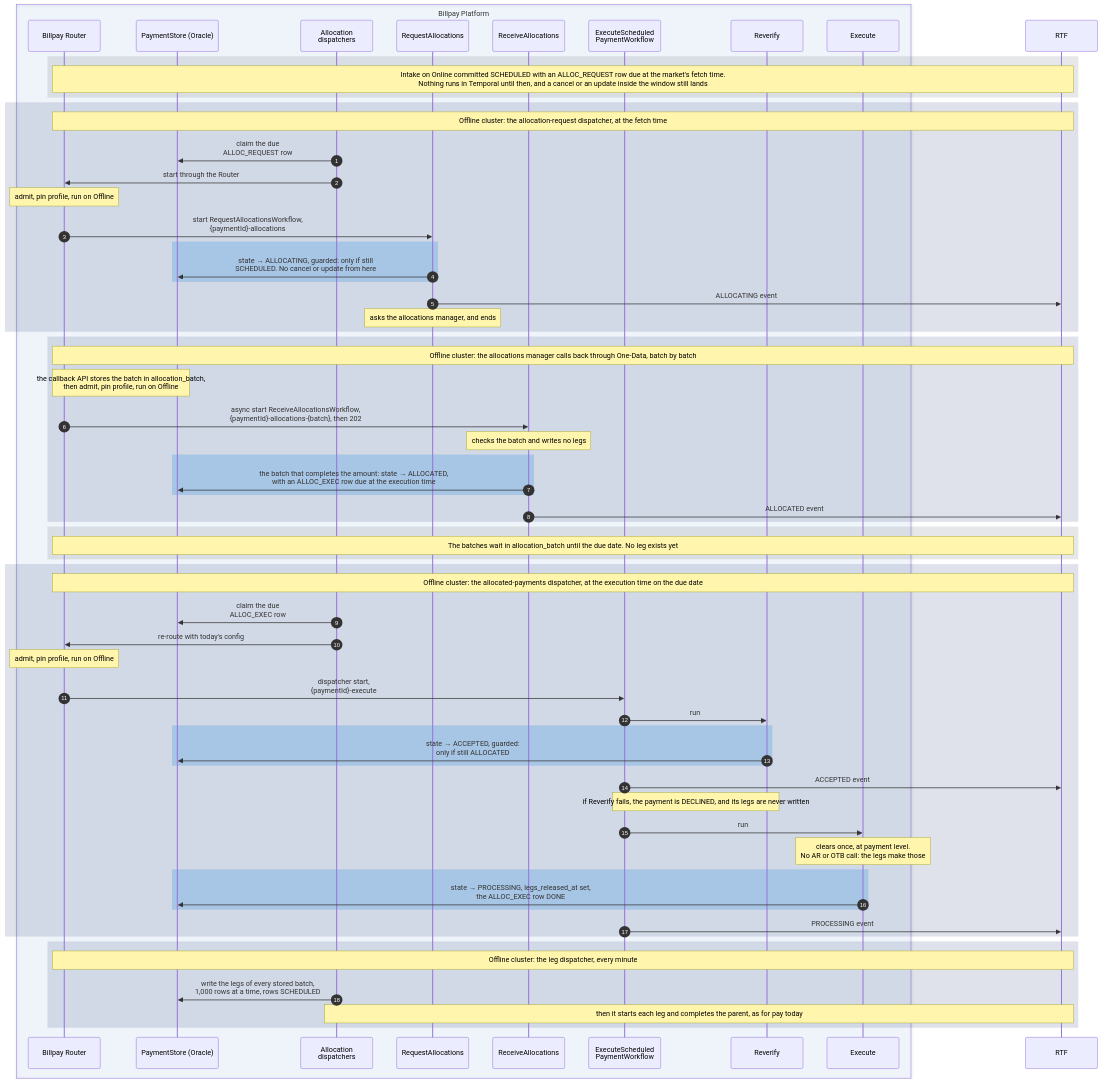
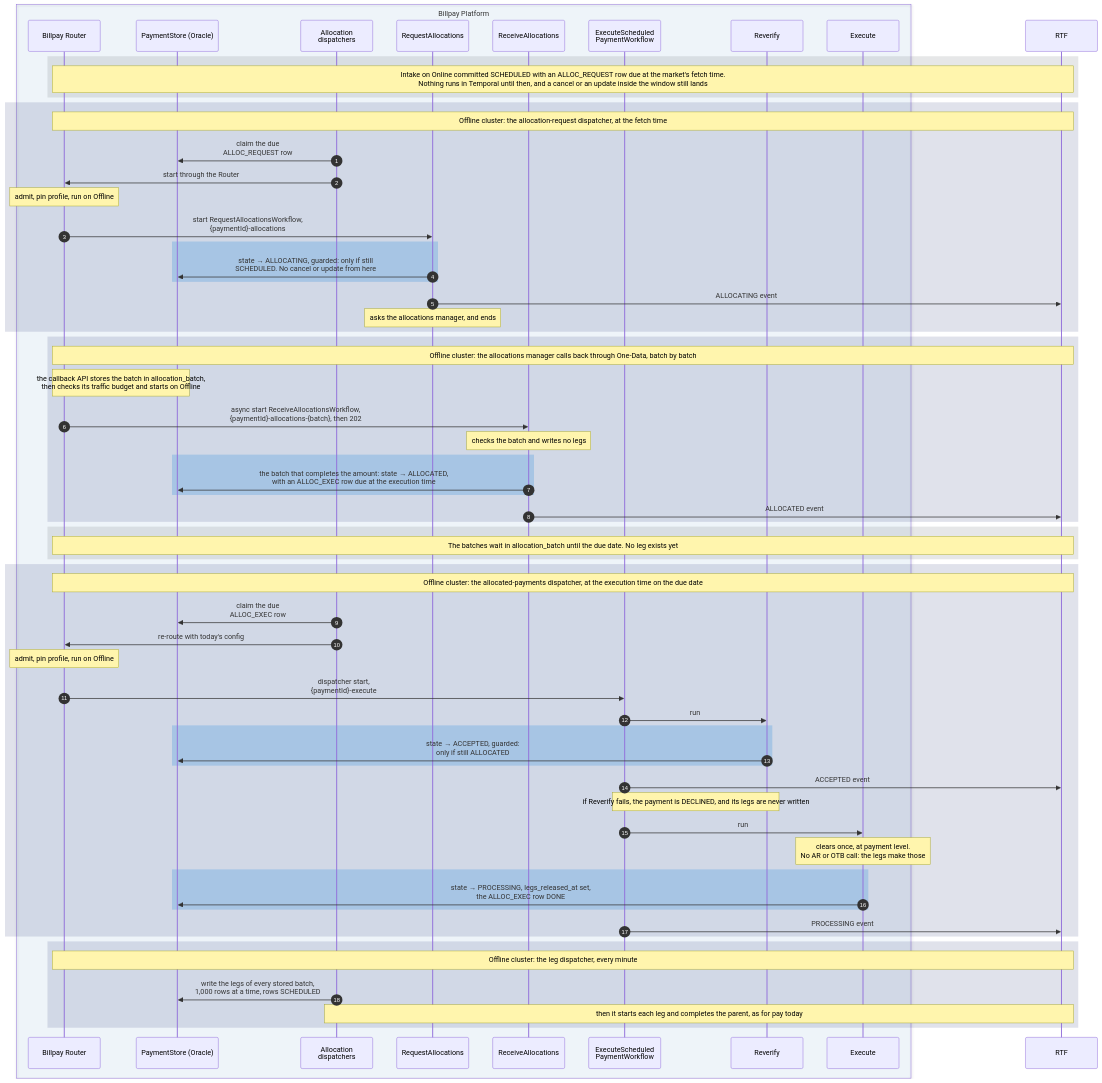
The fourth of 16 diagrams in website/docs/design/sequence-diagrams.md (arunav-bhattacharya/billpay-book), drawn with Mermaid before and after one commit. The commit also changed 45 other files, not shown here.

````diff
--- a/website/docs/design/sequence-diagrams.md
+++ b/website/docs/design/sequence-diagrams.md
@@ -289,80 +289,80 @@
 ```mermaid
 ---
 config:
   fontFamily: "BentonSansUI, Helvetica, Arial, sans-serif"
   fontSize: 15
 ---
 sequenceDiagram
   autonumber
 
   box rgba(0,111,207,0.05) Billpay Platform
     participant R as Billpay Router
     participant PS as PaymentStore (Oracle)
     participant AD as Allocation<br/>dispatchers
     participant RQ as RequestAllocations
     participant RC as ReceiveAllocations
     participant XW as ExecuteScheduled<br/>PaymentWorkflow
     participant REV as Reverify
     participant EXE as Execute
   end
 
   participant RTF
 
   rect rgba(83,86,90,0.14)
     Note over R,RTF: Intake on Online committed SCHEDULED with an ALLOC_REQUEST row due at the market's fetch time.<br/>Nothing runs in Temporal until then, and a cancel or an update inside the window still lands
   end
 
   rect rgba(0,23,90,0.12)
     Note over R,RTF: Offline cluster: the allocation-request dispatcher, at the fetch time
     AD->>PS: claim the due<br/>ALLOC_REQUEST row
     AD->>R: start through the Router
     Note over R: admit, pin profile, run on Offline
     R->>RQ: start RequestAllocationsWorkflow,<br/>{paymentId}-allocations
     rect rgba(102,169,226,0.40)
       RQ->>PS: state → ALLOCATING, guarded: only if still<br/>SCHEDULED. No cancel or update from here
     end
     RQ->>RTF: ALLOCATING event
     Note over RQ: asks the allocations manager, and ends
   end
 
   rect rgba(0,23,90,0.12)
     Note over R,RTF: Offline cluster: the allocations manager calls back through One-Data, batch by batch
-    Note over R,PS: the callback API stores the batch in allocation_batch,<br/>then admit, pin profile, run on Offline
+    Note over R,PS: the callback API stores the batch in allocation_batch,<br/>then checks its traffic budget and starts on Offline
     R->>RC: async start ReceiveAllocationsWorkflow,<br/>{paymentId}-allocations-{batch}, then 202
     Note over RC: checks the batch and writes no legs
     rect rgba(102,169,226,0.40)
       RC->>PS: the batch that completes the amount: state → ALLOCATED,<br/>with an ALLOC_EXEC row due at the execution time
     end
     RC->>RTF: ALLOCATED event
   end
 
   rect rgba(83,86,90,0.14)
     Note over R,RTF: The batches wait in allocation_batch until the due date. No leg exists yet
   end
 
   rect rgba(0,23,90,0.12)
     Note over R,RTF: Offline cluster: the allocated-payments dispatcher, at the execution time on the due date
     AD->>PS: claim the due<br/>ALLOC_EXEC row
     AD->>R: re-route with today's config
     Note over R: admit, pin profile, run on Offline
     R->>XW: dispatcher start,<br/>{paymentId}-execute
     XW->>REV: run
     rect rgba(102,169,226,0.40)
       REV->>PS: state → ACCEPTED, guarded:<br/>only if still ALLOCATED
     end
     XW->>RTF: ACCEPTED event
     Note over XW,REV: if Reverify fails, the payment is DECLINED, and its legs are never written
     XW->>EXE: run
     Note over EXE: clears once, at payment level.<br/>No AR or OTB call: the legs make those
     rect rgba(102,169,226,0.40)
       EXE->>PS: state → PROCESSING, legs_released_at set,<br/>the ALLOC_EXEC row DONE
     end
     XW->>RTF: PROCESSING event
   end
 
   rect rgba(0,23,90,0.12)
     Note over R,RTF: Offline cluster: the leg dispatcher, every minute
     AD->>PS: write the legs of every stored batch,<br/>1,000 rows at a time, rows SCHEDULED
     Note over AD,RTF: then it starts each leg and completes the parent, as for pay today
   end
 ```
````
